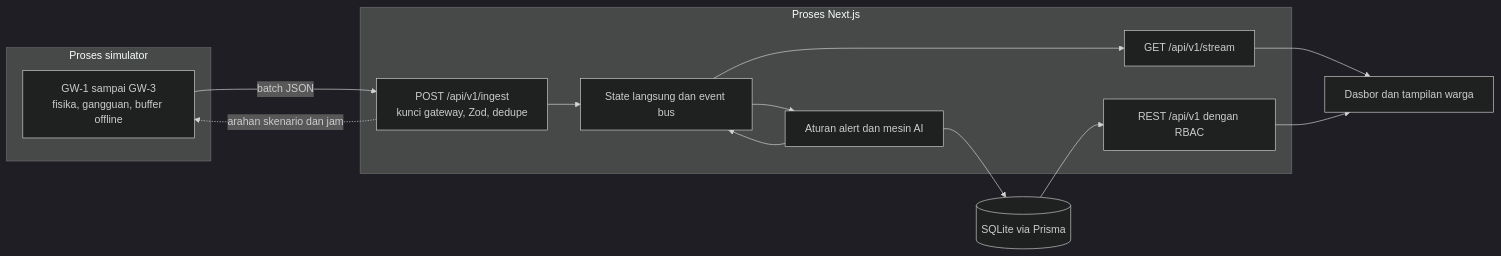
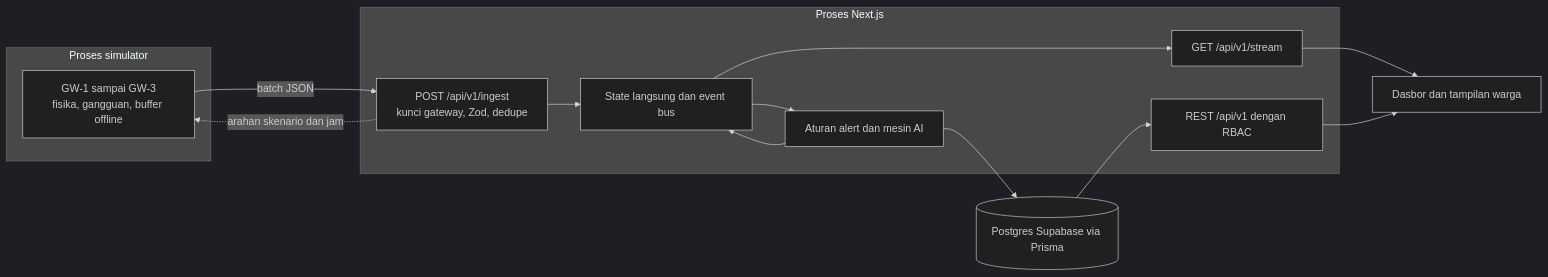
Before and after one commit to xiletales/doctorpv: the diagram in README.md, drawn with Mermaid (dark theme). The commit also changed other lines of this file and 19 other files, not shown here.

First line of the commit message:
feat: move the database from SQLite to Supabase Postgres

````diff
--- a/README.md
+++ b/README.md
@@ -38,19 +62,19 @@
 ```mermaid
 flowchart LR
   subgraph SIM["Proses simulator"]
     GW["GW-1 sampai GW-3<br/>fisika, gangguan, buffer offline"]
   end
   subgraph APP["Proses Next.js"]
     ING["POST /api/v1/ingest<br/>kunci gateway, Zod, dedupe"]
     LIVE["State langsung dan event bus"]
     AI["Aturan alert dan mesin AI"]
     API["REST /api/v1 dengan RBAC"]
     SSE["GET /api/v1/stream"]
   end
-  DB[("SQLite via Prisma")]
+  DB[("Postgres Supabase via Prisma")]
   UI["Dasbor dan tampilan warga"]
   GW -->|"batch JSON"| ING --> LIVE --> AI --> DB
   AI --> LIVE --> SSE --> UI
   DB --> API --> UI
   ING -.->|"arahan skenario dan jam"| GW
 ```
````
